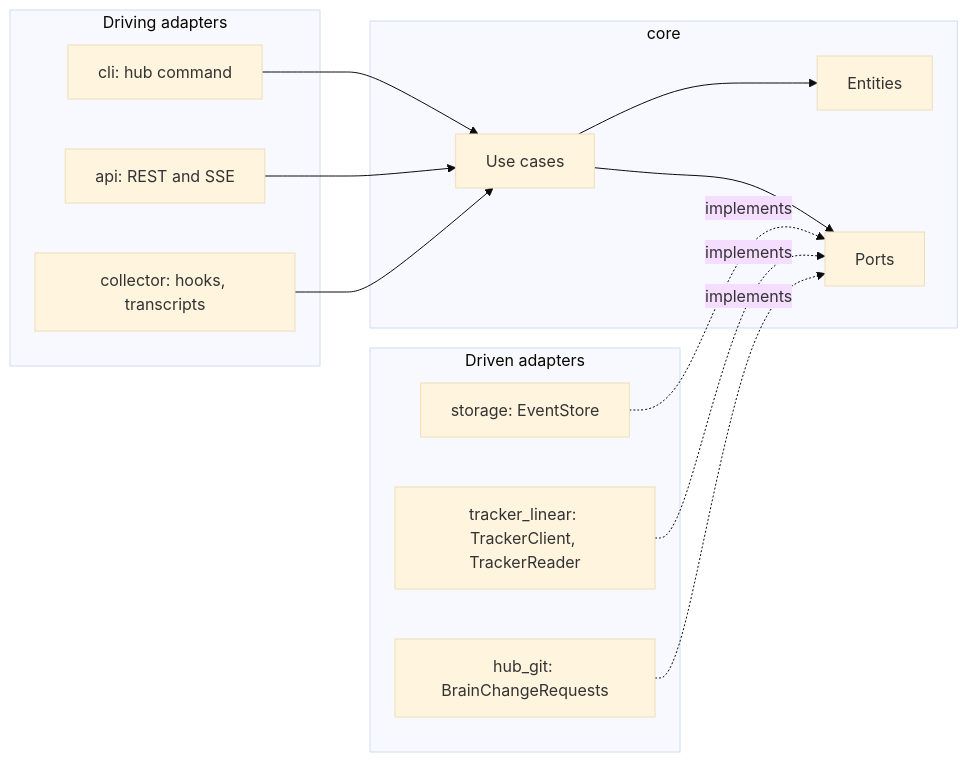
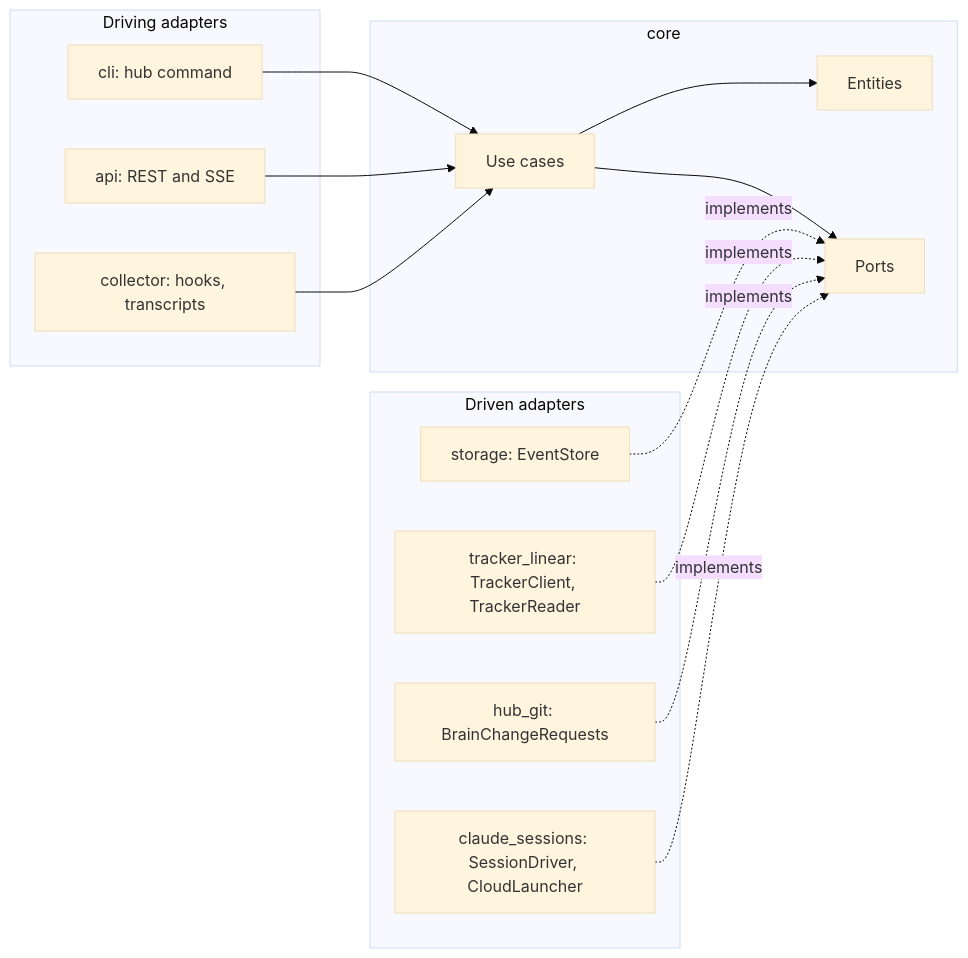
Before and after one commit to jroquette/agent-hub: the second of 2 diagrams in docs/ARCHITECTURE.md, drawn with Mermaid (base theme). The commit also changed other lines of this file and 8 other files, not shown here.

First line of the commit message:
docs(docs): architecture, guide, testing and design of agent sessions (AGH-165)

````diff
--- a/docs/ARCHITECTURE.md
+++ b/docs/ARCHITECTURE.md
@@ -145,23 +160,25 @@
 ```mermaid
 flowchart LR
   subgraph adapters_in[Driving adapters]
     cli[cli: hub command]
     api["api: REST and SSE"]
     collector[collector: hooks, transcripts]
   end
   subgraph core[core]
     usecases[Use cases] --> entities[Entities]
     usecases --> ports[Ports]
   end
   subgraph adapters_out[Driven adapters]
     storage[storage: EventStore]
     tracker[tracker_linear: TrackerClient, TrackerReader]
     hubgit[hub_git: BrainChangeRequests]
+    claude[claude_sessions: SessionDriver, CloudLauncher]
   end
   cli --> usecases
   api --> usecases
   collector --> usecases
   storage -. implements .-> ports
   tracker -. implements .-> ports
   hubgit -. implements .-> ports
+  claude -. implements .-> ports
 ```
````
